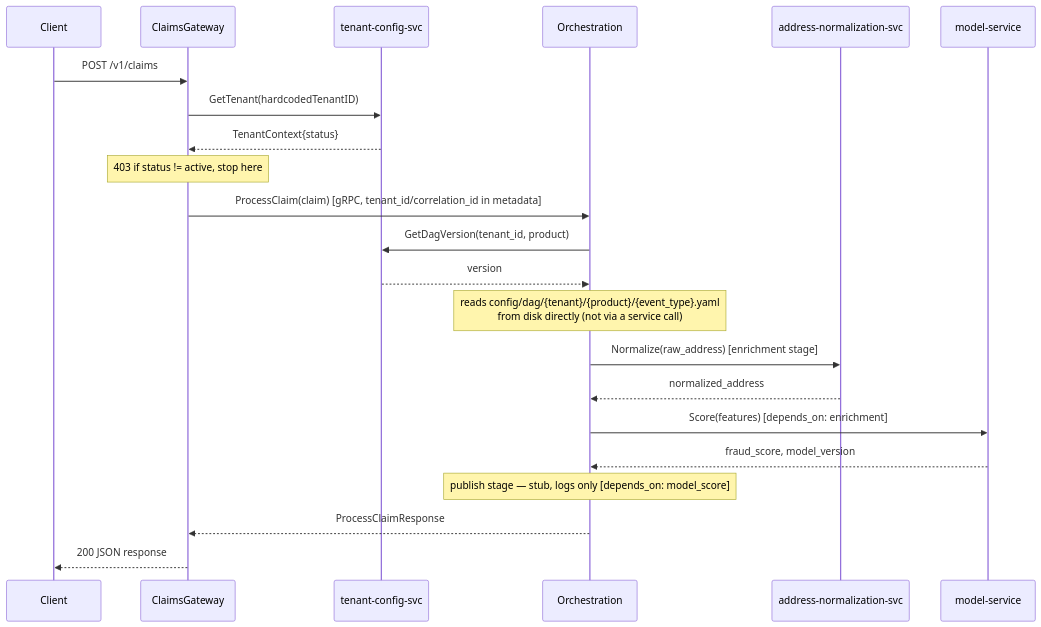
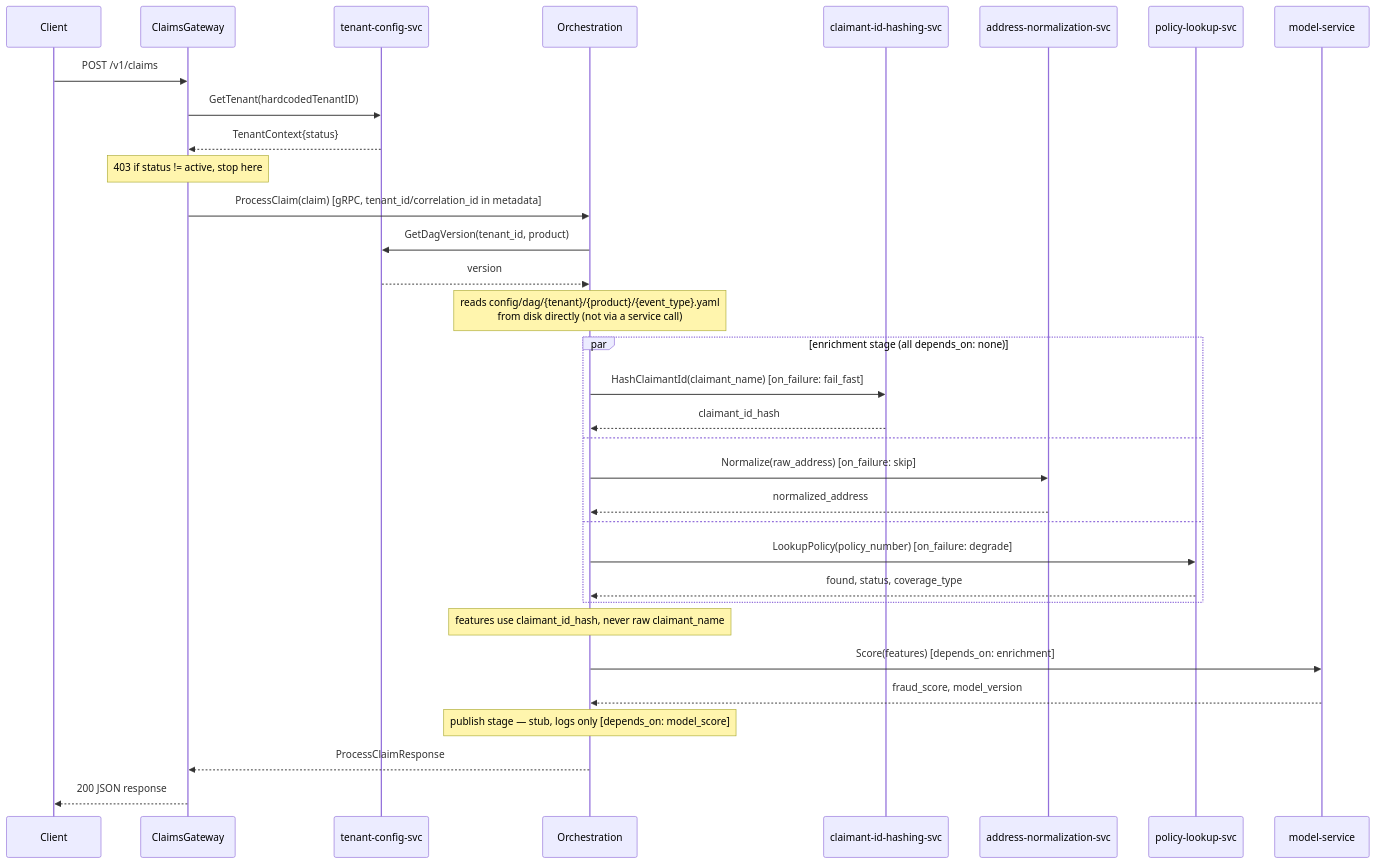
One commit to redcell-io/insurance-claims-fraud-platform changed the diagram in docs/dag-request-flow.md. Above: the diagram before and after it, drawn with Mermaid. The commit also changed other lines of this file and 28 other files, not shown here.

First line of the commit message:
Layer 2a cont'd: Claimant ID Hashing + Policy Lookup services

````diff
--- a/docs/dag-request-flow.md
+++ b/docs/dag-request-flow.md
@@ -12,25 +12,36 @@
 ```mermaid
 sequenceDiagram
     participant Client
     participant GW as ClaimsGateway
     participant TC as tenant-config-svc
     participant Orch as Orchestration
+    participant CIH as claimant-id-hashing-svc
     participant AN as address-normalization-svc
+    participant PL as policy-lookup-svc
     participant Model as model-service
 
     Client->>GW: POST /v1/claims
     GW->>TC: GetTenant(hardcodedTenantID)
     TC-->>GW: TenantContext{status}
     Note over GW: 403 if status != active, stop here
     GW->>Orch: ProcessClaim(claim) [gRPC, tenant_id/correlation_id in metadata]
     Orch->>TC: GetDagVersion(tenant_id, product)
     TC-->>Orch: version
     Note over Orch: reads config/dag/{tenant}/{product}/{event_type}.yaml<br/>from disk directly (not via a service call)
-    Orch->>AN: Normalize(raw_address) [enrichment stage]
-    AN-->>Orch: normalized_address
+    par enrichment stage (all depends_on: none)
+        Orch->>CIH: HashClaimantId(claimant_name) [on_failure: fail_fast]
+        CIH-->>Orch: claimant_id_hash
+    and
+        Orch->>AN: Normalize(raw_address) [on_failure: skip]
+        AN-->>Orch: normalized_address
+    and
+        Orch->>PL: LookupPolicy(policy_number) [on_failure: degrade]
+        PL-->>Orch: found, status, coverage_type
+    end
+    Note over Orch: features use claimant_id_hash, never raw claimant_name
     Orch->>Model: Score(features) [depends_on: enrichment]
     Model-->>Orch: fraud_score, model_version
     Note over Orch: publish stage — stub, logs only [depends_on: model_score]
     Orch-->>GW: ProcessClaimResponse
     GW-->>Client: 200 JSON response
 ```
````
